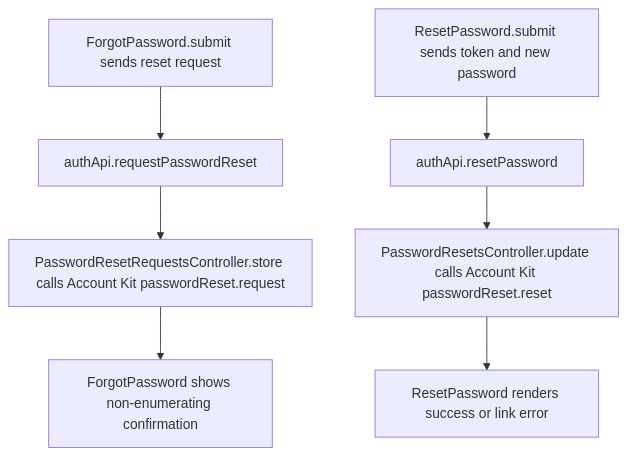
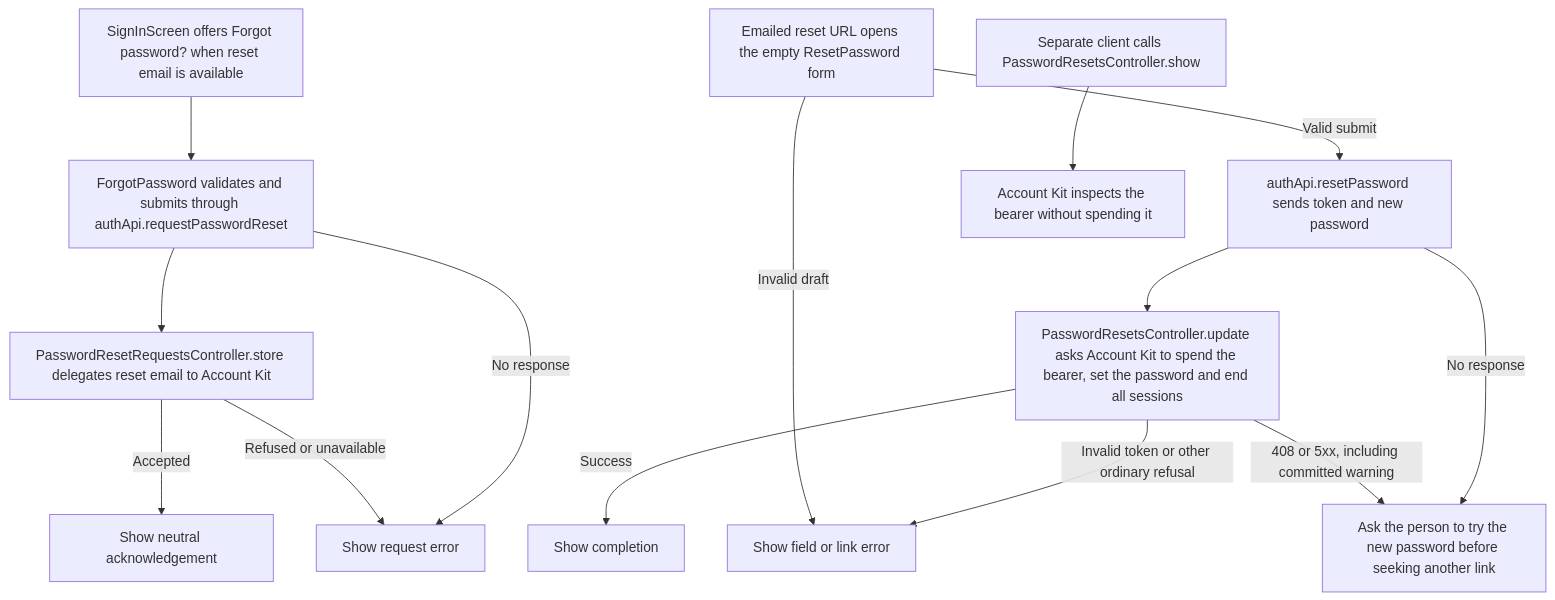
The second of 2 diagrams in user-stories/account/US-ACCOUNT-03-password-reset.md (Kevinjohn/capacitylens), drawn with Mermaid before and after one commit. The commit also changed other lines of this file and 172 other files, not shown here.

Commit message:
docs: reconcile user story code flows with source

````diff
--- a/user-stories/account/US-ACCOUNT-03-password-reset.md
+++ b/user-stories/account/US-ACCOUNT-03-password-reset.md
@@ -40,9 +40,17 @@
 ```mermaid
 flowchart TD
-  forgot["ForgotPassword.submit sends reset request"] --> request["authApi.requestPasswordReset"]
-  request --> kitRequest["PasswordResetRequestsController.store calls Account Kit passwordReset.request"]
-  kitRequest --> neutral["ForgotPassword shows non-enumerating confirmation"]
-  link["ResetPassword.submit sends token and new password"] --> reset["authApi.resetPassword"]
-  reset --> kitReset["PasswordResetsController.update calls Account Kit passwordReset.reset"]
-  kitReset --> outcome["ResetPassword renders success or link error"]
+  signIn["SignInScreen offers Forgot password? when reset email is available"] --> request["ForgotPassword validates and submits through authApi.requestPasswordReset"]
+  request --> issue["PasswordResetRequestsController.store delegates reset email to Account Kit"]
+  issue -->|Accepted| neutral["Show neutral acknowledgement"]
+  issue -->|Refused or unavailable| deliveryError["Show request error"]
+  request -->|No response| deliveryError
+  link["Emailed reset URL opens the empty ResetPassword form"] -->|Valid submit| apply["authApi.resetPassword sends token and new password"]
+  link -->|Invalid draft| field["Show field or link error"]
+  apply --> kit["PasswordResetsController.update asks Account Kit to spend the bearer, set the password and end all sessions"]
+  kit -->|Success| done["Show completion"]
+  kit -->|Invalid token or other ordinary refusal| field
+  kit -->|408 or 5xx, including committed warning| unknown["Ask the person to try the new password before seeking another link"]
+  apply -->|No response| unknown
+
+  inspect["Separate client calls PasswordResetsController.show"] --> unspent["Account Kit inspects the bearer without spending it"]
 ```
````
